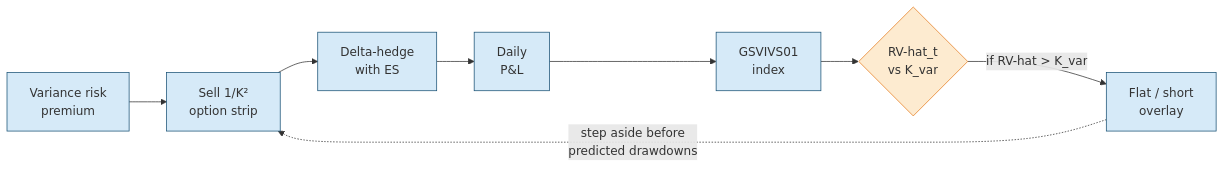
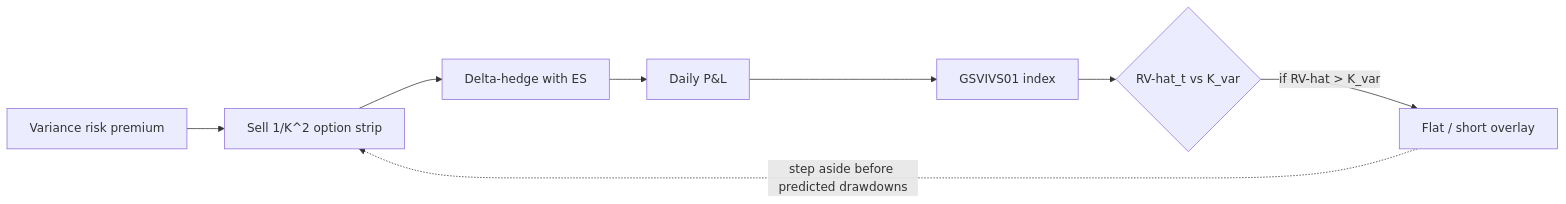
The first of 2 diagrams in vol-learning-guide/markdown/ch19-gsvivs01.md (xRyann2255/ML-GS), drawn with Mermaid before and after one commit. The commit also changed other lines of this file and 19 other files, not shown here.

````diff
--- a/vol-learning-guide/markdown/ch19-gsvivs01.md
+++ b/vol-learning-guide/markdown/ch19-gsvivs01.md
@@ -26,15 +26,17 @@
 ```mermaid
 flowchart LR
-    vrp["Variance risk<br/>premium"] --> strip["Sell 1/K²<br/>option strip"]
-    strip --> hedge["Delta-hedge<br/>with ES"]
-    hedge --> pnl["Daily<br/>P&L"]
-    pnl --> idx["GSVIVS01<br/>index"]
-    idx --> sig{"RV-hat_t<br/>vs K_var"}
-    sig -->|"if RV-hat > K_var"| ov["Flat / short<br/>overlay"]
-    ov -.->|"step aside before<br/>predicted drawdowns"| strip
-
-    classDef flow fill:#d6eaf8,stroke:#1a5276;
-    classDef decision fill:#fdebd0,stroke:#e67e22;
-    class vrp,strip,hedge,pnl,idx,ov flow;
-    class sig decision;
+  vrp[Variance risk premium]
+  strip[Sell 1/K^2 option strip]
+  hedge[Delta-hedge with ES]
+  pnl[Daily P&L]
+  idx[GSVIVS01 index]
+  sig{RV-hat_t vs K_var}
+  ov[Flat / short overlay]
+  vrp --> strip
+  strip --> hedge
+  hedge --> pnl
+  pnl --> idx
+  idx --> sig
+  sig -->|if RV-hat > K_var| ov
+  ov -.->|step aside before predicted drawdowns| strip
 ```
````
